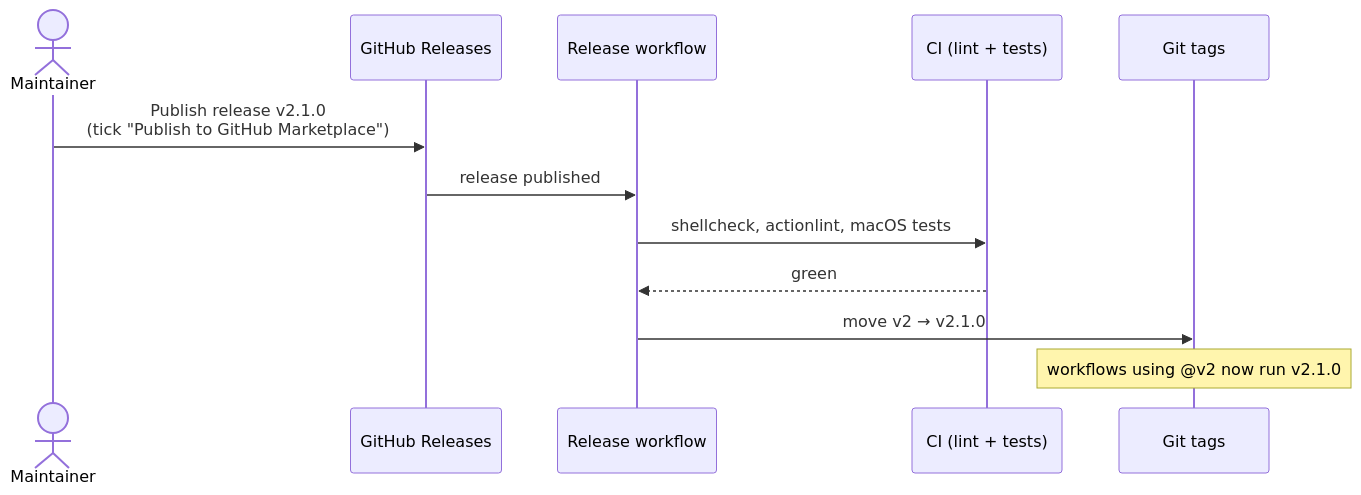
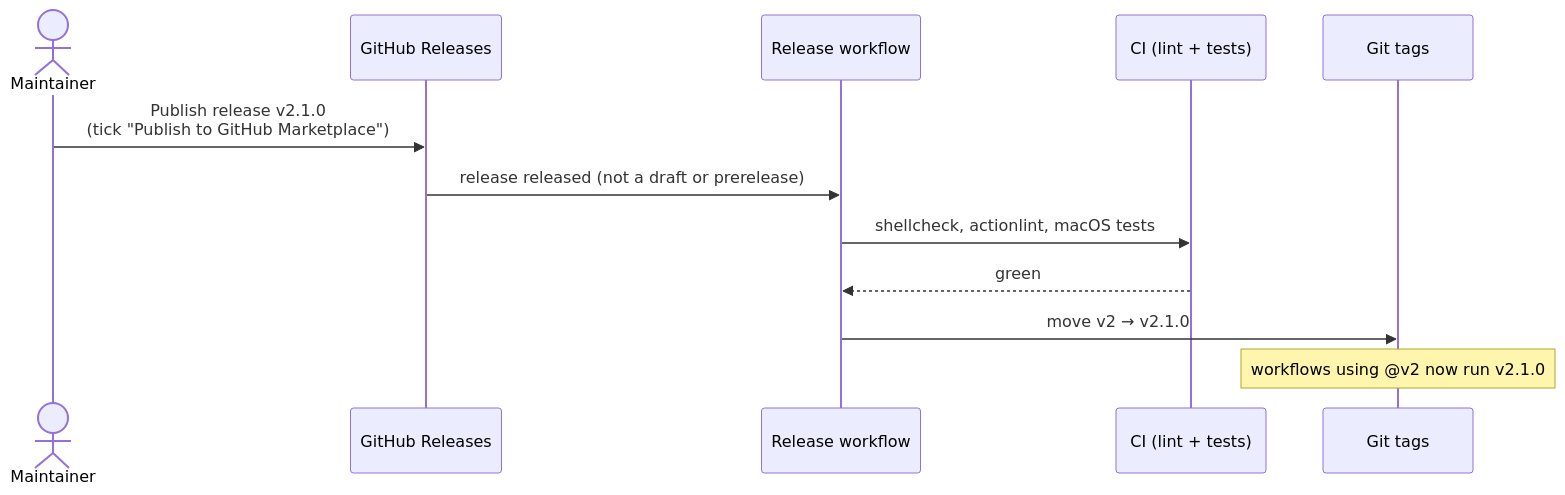
Before and after one commit to UmutSERIFLER/publish-ios-appstore: the fourth of 4 diagrams in README.md, drawn with Mermaid. The commit also changed other lines of this file and 5 other files, not shown here.

````diff
--- a/README.md
+++ b/README.md
@@ -365,14 +365,14 @@
 ```mermaid
 sequenceDiagram
     actor M as Maintainer
     participant GH as GitHub Releases
     participant R as Release workflow
     participant CI as CI (lint + tests)
     participant T as Git tags
     M->>GH: Publish release v2.1.0<br/>(tick "Publish to GitHub Marketplace")
-    GH->>R: release published
+    GH->>R: release released (not a draft or prerelease)
     R->>CI: shellcheck, actionlint, macOS tests
     CI-->>R: green
     R->>T: move v2 → v2.1.0
     Note over T: workflows using @v2 now run v2.1.0
 ```
````
